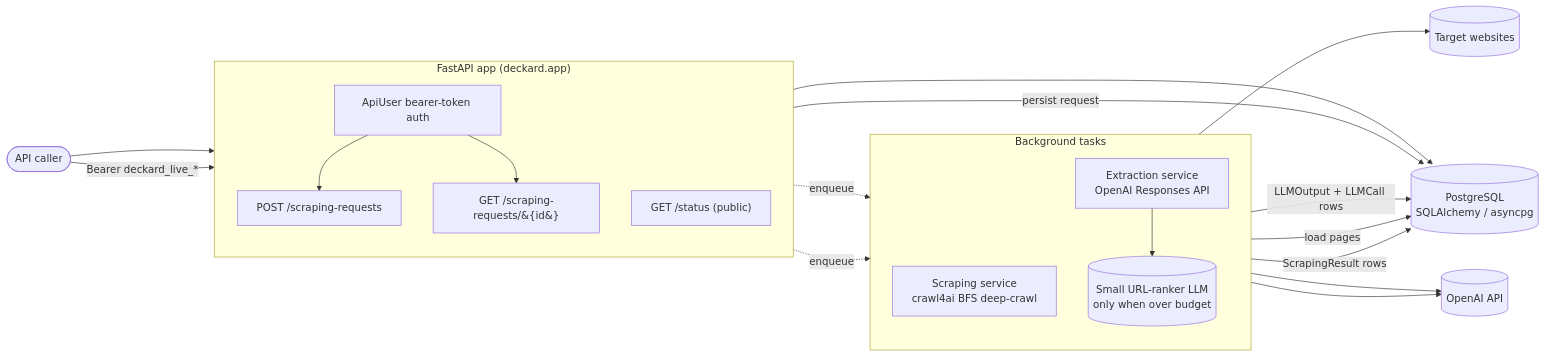
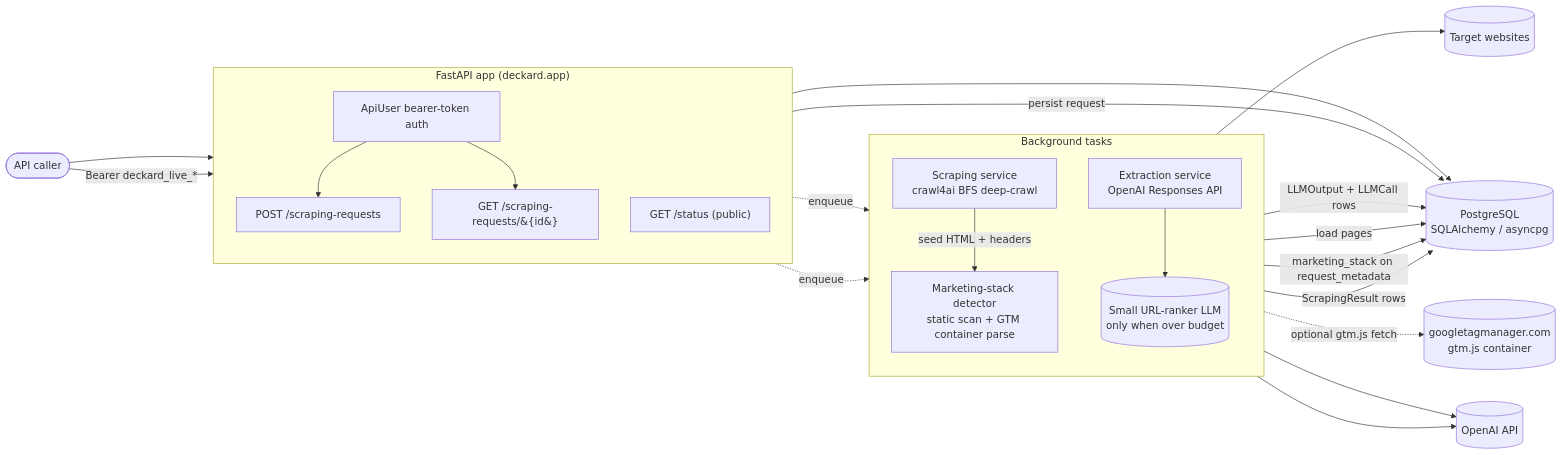
One commit to adlume-service/deckard changed the first of 5 diagrams in README.md. Above: the diagram before and after it, drawn with Mermaid. The commit also changed other lines of this file and 26 other files, not shown here.

Commit message:
Add static marketing-stack detection with GTM container parsing

````diff
--- a/README.md
+++ b/README.md
@@ -21,43 +23,48 @@
 ```mermaid
 flowchart LR
     Caller([API caller])
 
     subgraph FastAPI["FastAPI app (deckard.app)"]
         direction TB
         Auth[ApiUser bearer-token auth]
         EP_POST["POST /scraping-requests"]
         EP_GET["GET /scraping-requests/&#123;id&#125;"]
         EP_STATUS["GET /status (public)"]
     end
 
     subgraph BG["Background tasks"]
         direction TB
         Scraper[Scraping service<br/>crawl4ai BFS deep-crawl]
+        Detector[Marketing-stack detector<br/>static scan + GTM container parse]
         Extractor[Extraction service<br/>OpenAI Responses API]
         Ranker[(Small URL-ranker LLM<br/>only when over budget)]
     end
 
     DB[(PostgreSQL<br/>SQLAlchemy / asyncpg)]
     Web[(Target websites)]
+    GTM[(googletagmanager.com<br/>gtm.js container)]
     OAI[(OpenAI API)]
 
     Caller -->|Bearer deckard_live_*| Auth
     Auth --> EP_POST
     Auth --> EP_GET
     Caller --> EP_STATUS
 
     EP_POST -->|persist request| DB
     EP_POST -.->|enqueue| Scraper
     EP_POST -.->|enqueue| Extractor
 
     Scraper --> Web
     Scraper -->|ScrapingResult rows| DB
+    Scraper -->|seed HTML + headers| Detector
+    Detector -.->|optional gtm.js fetch| GTM
+    Detector -->|marketing_stack on request_metadata| DB
 
     Extractor -->|load pages| DB
     Extractor --> Ranker
     Ranker --> OAI
     Extractor --> OAI
     Extractor -->|LLMOutput + LLMCall rows| DB
 
     EP_GET --> DB
 ```
````
